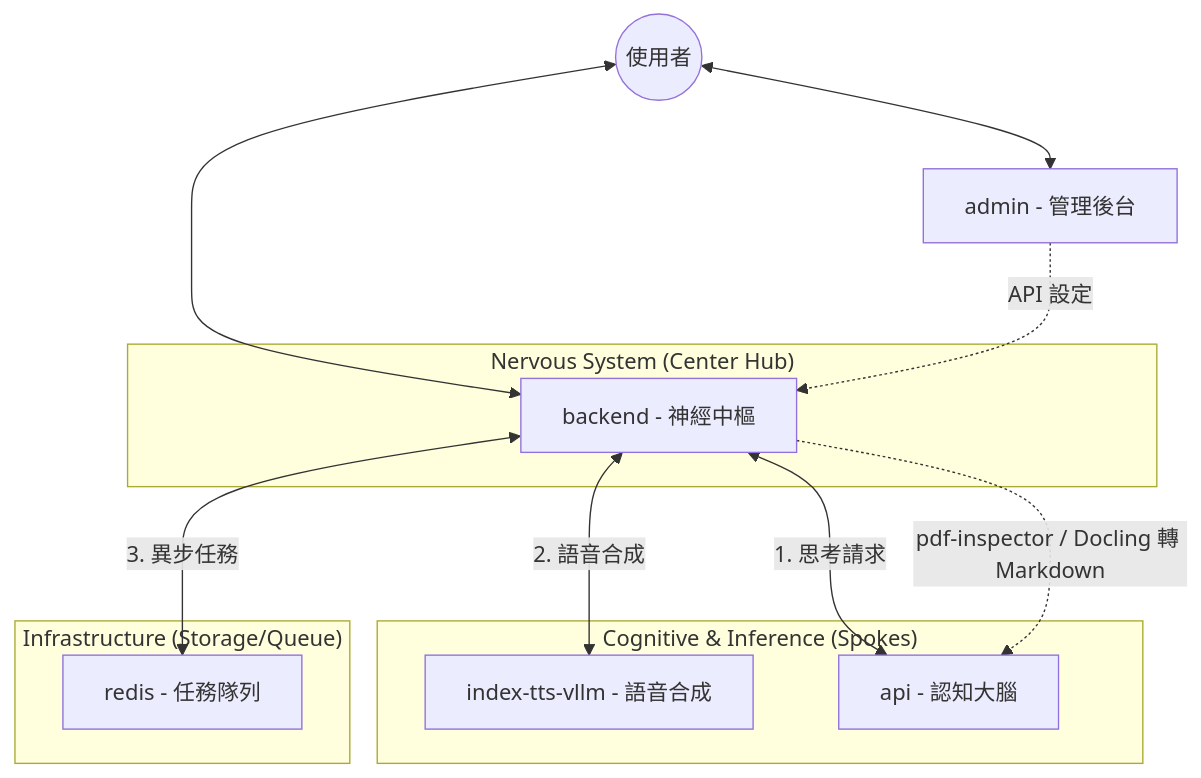
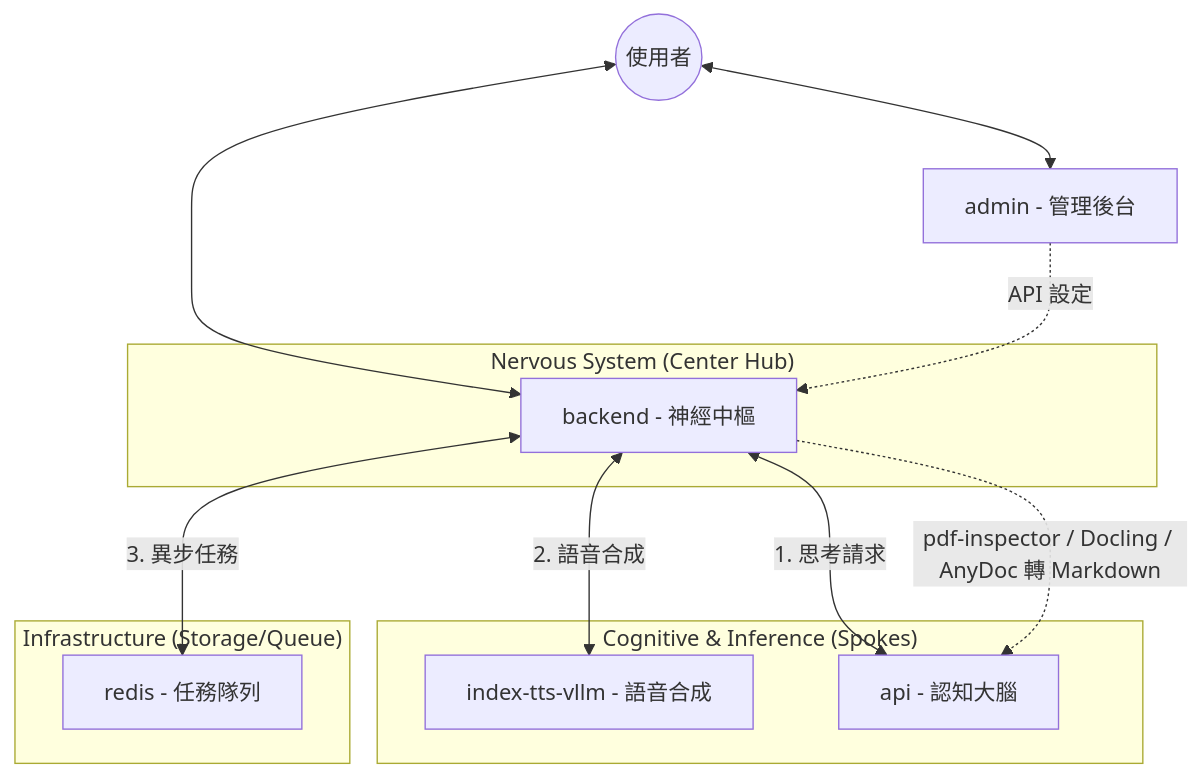
One commit to CreateIntelligens/openVman changed the diagram in docs/10_MICROSERVICES_GUIDE.md. Above: the diagram before and after it, drawn with Mermaid. The commit also changed 31 other files, not shown here.

````diff
--- a/docs/10_MICROSERVICES_GUIDE.md
+++ b/docs/10_MICROSERVICES_GUIDE.md
@@ -11,27 +11,27 @@
 ```mermaid
 graph TD
     User((使用者)) <--> Frontend[admin - 管理後台]
     User <--> Backend[backend - 神經中樞]
     
     subgraph "Nervous System (Center Hub)"
         Backend
     end
     
     subgraph "Cognitive & Inference (Spokes)"
         IndexTTS[index-tts-vllm - 語音合成]
         Brain[api - 認知大腦]
     end
     
     subgraph "Infrastructure (Storage/Queue)"
         Redis[redis - 任務隊列]
     end
     
     %% Backend is the coordinator
     Backend <-->|1. 思考請求| Brain
     Backend <-->|2. 語音合成| IndexTTS
     Backend <-->|3. 異步任務| Redis
     
     %% Cross-service data flow
-    Backend -.->|pdf-inspector / Docling 轉 Markdown| Brain
+    Backend -.->|pdf-inspector / Docling / AnyDoc 轉 Markdown| Brain
     Frontend -.->|API 設定| Backend
 ```
````
